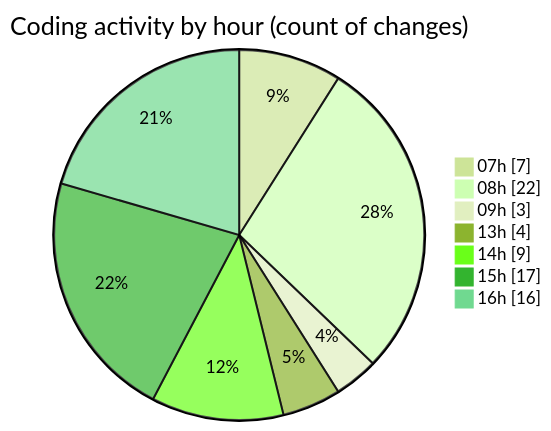
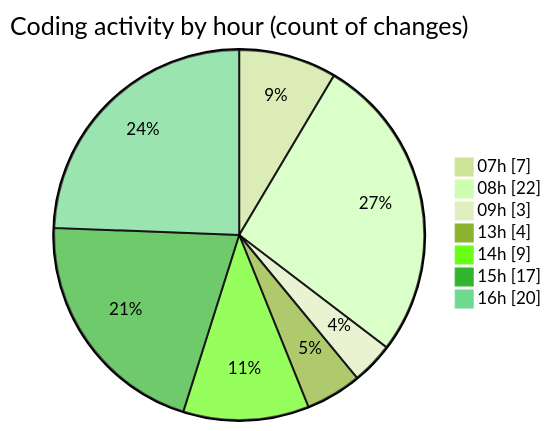
Before and after one commit to Elitesun/code-tracking: the second of 2 diagrams in 2025-05-04/niten/README.md, drawn with Mermaid (forest theme). The commit also changed other lines of this file and 1 other file, not shown here.

````diff
--- a/2025-05-04/niten/README.md
+++ b/2025-05-04/niten/README.md
@@ -52,11 +52,11 @@
 ```mermaid
 pie showData
 title Coding activity by hour (count of changes)
 "07h" : 7
 "08h" : 22
 "09h" : 3
 "13h" : 4
 "14h" : 9
 "15h" : 17
-"16h" : 16
+"16h" : 20
 ```
````
